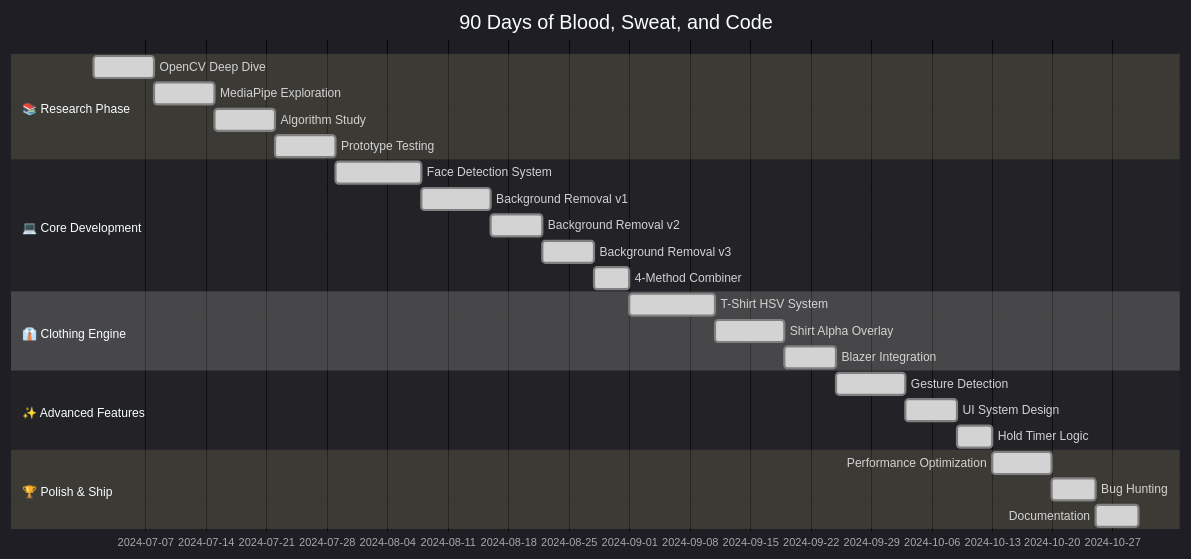
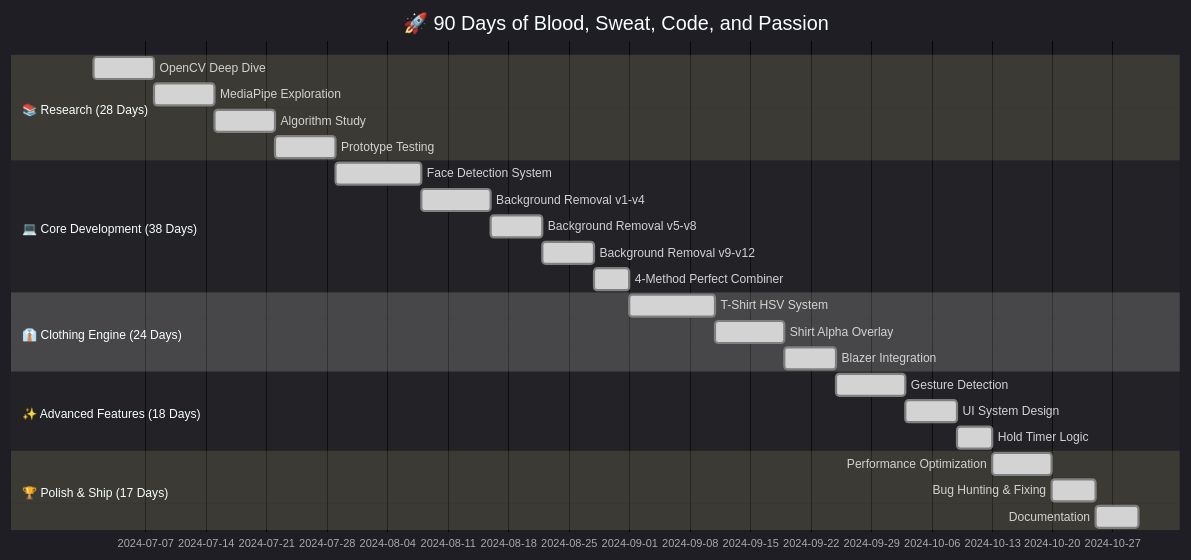
Before and after one commit to alam025/AI_Professional_Makeover: the second of 2 diagrams in readme.md, drawn with Mermaid. The commit also changed other lines of this file, not shown here.

````diff
--- a/readme.md
+++ b/readme.md
@@ -736,34 +870,34 @@
 ```mermaid
-%%{init: {'theme':'dark', 'themeVariables': { 'primaryColor':'#667EEA','secondaryColor':'#06A77D','tertiaryColor':'#F77F00'}}}%%
+%%{init: {'theme':'dark', 'themeVariables': { 'primaryColor':'#8B5CF6','secondaryColor':'#10B981','tertiaryColor':'#F59E0B'}}}%%
 gantt
-    title 90 Days of Blood, Sweat, and Code
+    title 🚀 90 Days of Blood, Sweat, Code, and Passion
     dateFormat  YYYY-MM-DD
     
-    section 📚 Research Phase
+    section 📚 Research (28 Days)
     OpenCV Deep Dive          :done, phase1, 2024-07-01, 7d
     MediaPipe Exploration     :done, phase2, 2024-07-08, 7d
     Algorithm Study           :done, phase3, 2024-07-15, 7d
     Prototype Testing         :done, phase4, 2024-07-22, 7d
     
-    section 💻 Core Development
+    section 💻 Core Development (38 Days)
     Face Detection System     :done, core1, 2024-07-29, 10d
-    Background Removal v1     :done, core2, 2024-08-08, 8d
-    Background Removal v2     :done, core3, 2024-08-16, 6d
-    Background Removal v3     :done, core4, 2024-08-22, 6d
-    4-Method Combiner         :done, core5, 2024-08-28, 4d
+    Background Removal v1-v4  :done, core2, 2024-08-08, 8d
+    Background Removal v5-v8  :done, core3, 2024-08-16, 6d
+    Background Removal v9-v12 :done, core4, 2024-08-22, 6d
+    4-Method Perfect Combiner :done, core5, 2024-08-28, 4d
     
-    section 👔 Clothing Engine
+    section 👔 Clothing Engine (24 Days)
     T-Shirt HSV System        :done, cloth1, 2024-09-01, 10d
     Shirt Alpha Overlay       :done, cloth2, 2024-09-11, 8d
     Blazer Integration        :done, cloth3, 2024-09-19, 6d
     
-    section ✨ Advanced Features
+    section ✨ Advanced Features (18 Days)
     Gesture Detection         :done, adv1, 2024-09-25, 8d
     UI System Design          :done, adv2, 2024-10-03, 6d
     Hold Timer Logic          :done, adv3, 2024-10-09, 4d
     
-    section 🏆 Polish & Ship
+    section 🏆 Polish & Ship (17 Days)
     Performance Optimization  :done, final1, 2024-10-13, 7d
-    Bug Hunting               :done, final2, 2024-10-20, 5d
+    Bug Hunting & Fixing      :done, final2, 2024-10-20, 5d
     Documentation             :done, final3, 2024-10-25, 5d
 ```
````
